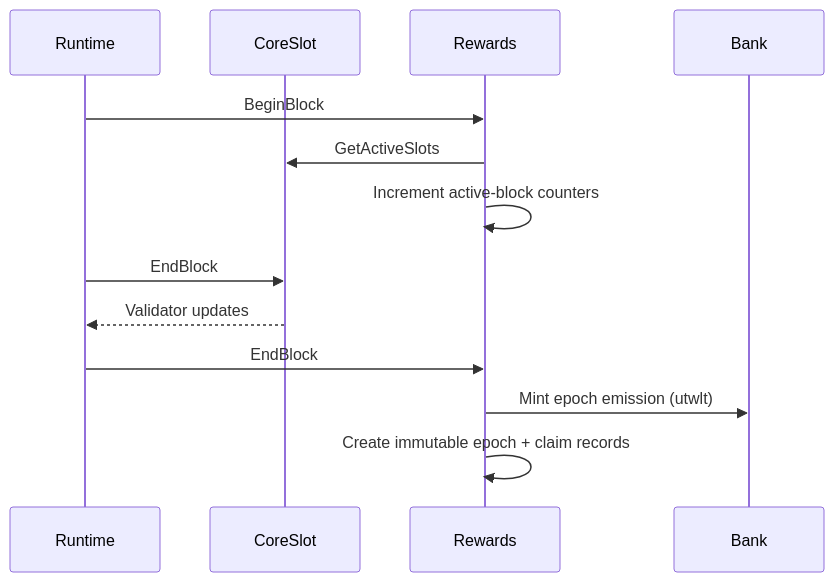
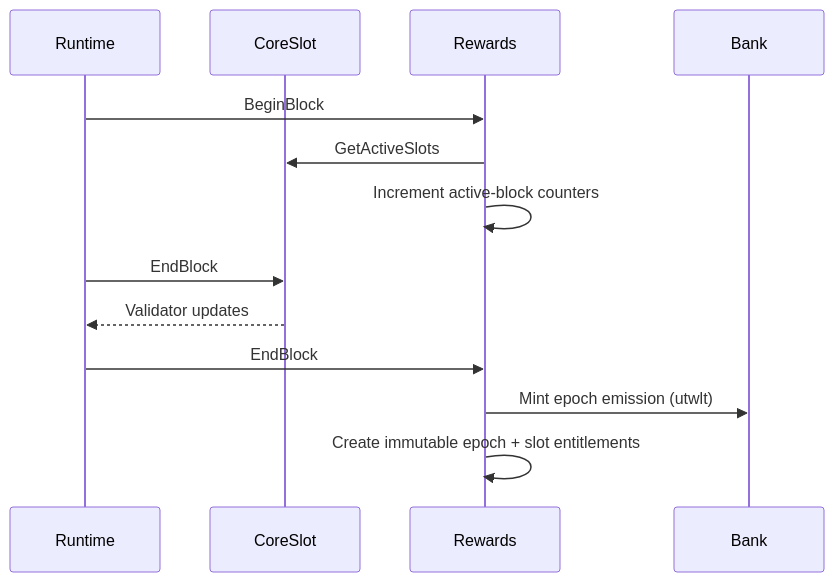
Before and after one commit to usmanshahid86/twilight-core: the diagram in website/docs/chain/architecture.md, drawn with Mermaid. The commit also changed other lines of this file and 103 other files, not shown here.

````diff
--- a/website/docs/chain/architecture.md
+++ b/website/docs/chain/architecture.md
@@ -39,15 +39,15 @@
 ```mermaid
 sequenceDiagram
     participant Runtime
     participant CoreSlot
     participant Rewards
     participant Bank
     Runtime->>Rewards: BeginBlock
     Rewards->>CoreSlot: GetActiveSlots
     Rewards->>Rewards: Increment active-block counters
     Runtime->>CoreSlot: EndBlock
     CoreSlot-->>Runtime: Validator updates
     Runtime->>Rewards: EndBlock
     Rewards->>Bank: Mint epoch emission (utwlt)
-    Rewards->>Rewards: Create immutable epoch + claim records
+    Rewards->>Rewards: Create immutable epoch + slot entitlements
 ```
````
